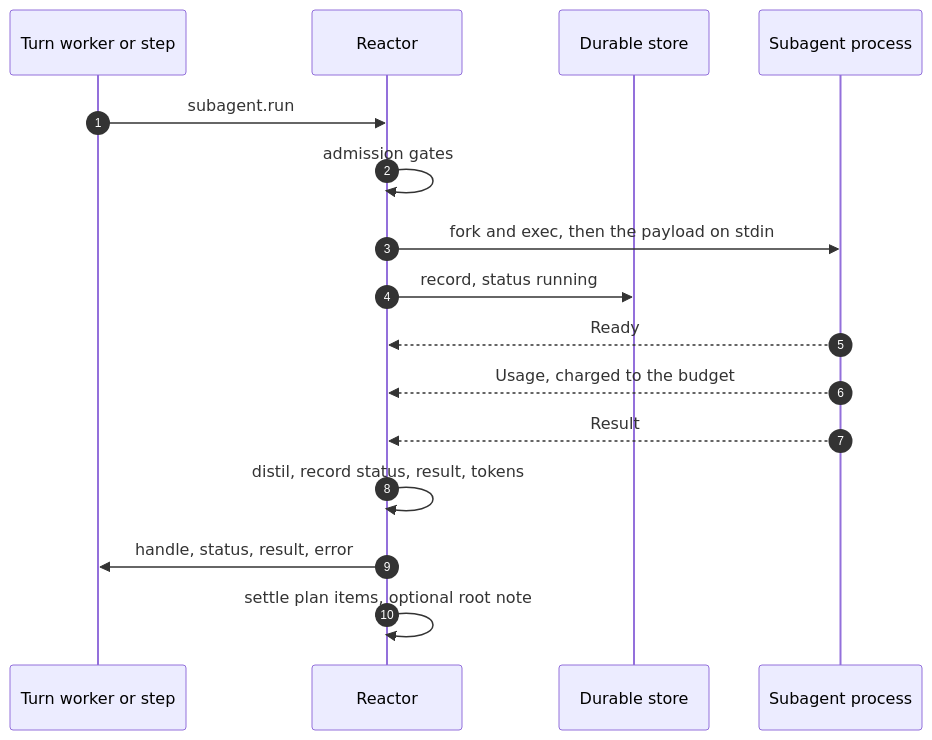
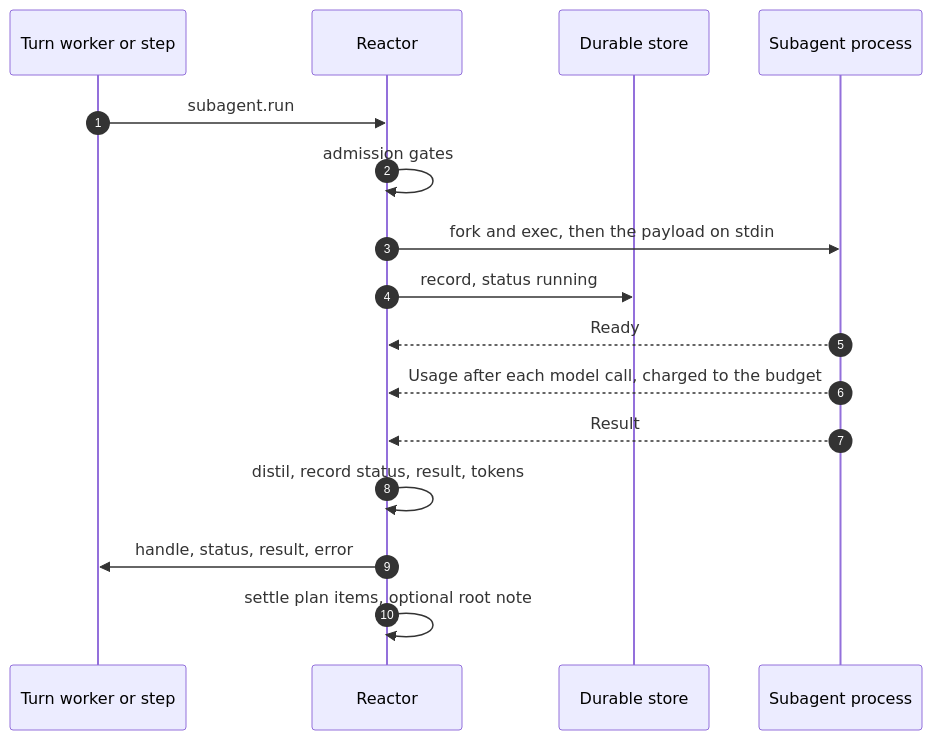
Before and after one commit to agentd-dev/source-code: the second of 4 diagrams in docs/subagents.md, drawn with Mermaid. The commit also changed other lines of this file and 17 other files, not shown here.

````diff
--- a/docs/subagents.md
+++ b/docs/subagents.md
@@ -176,18 +176,18 @@
 ```mermaid
 sequenceDiagram
     autonumber
     participant W as Turn worker or step
     participant R as Reactor
     participant D as Durable store
     participant S as Subagent process
     W->>R: subagent.run
     R->>R: admission gates
     R->>S: fork and exec, then the payload on stdin
     R->>D: record, status running
     S-->>R: Ready
-    S-->>R: Usage, charged to the budget
+    S-->>R: Usage after each model call, charged to the budget
     S-->>R: Result
     R->>R: distil, record status, result, tokens
     R->>W: handle, status, result, error
     R->>R: settle plan items, optional root note
 ```
````
